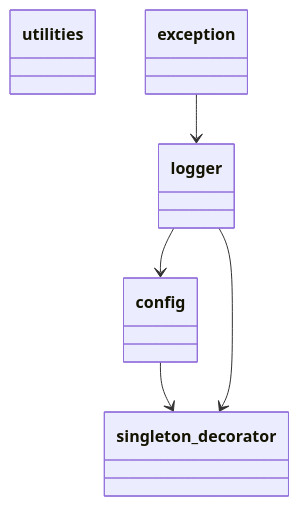
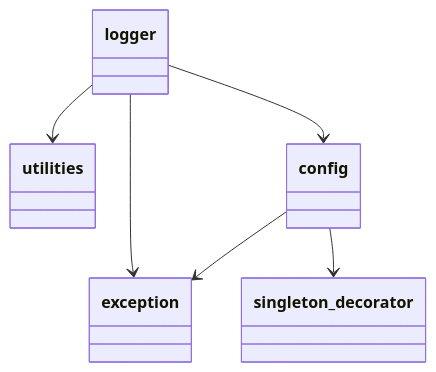
Before and after one commit to dab0012/olivia: the diagram in olivia_finder/diagrams/packages_utilities.mmd, drawn with Mermaid. The commit also changed 79 other files, not shown here.

```diff
--- a/olivia_finder/diagrams/packages_utilities.mmd
+++ b/olivia_finder/diagrams/packages_utilities.mmd
@@ -1,17 +1,18 @@
 classDiagram
   class utilities {
   }
   class config {
   }
   class exception {
   }
   class logger {
   }
   class singleton_decorator {
   }
   class utilities {
   }
+  config --> exception
   config --> singleton_decorator
-  exception --> logger
   logger --> config
-  logger --> singleton_decorator
+  logger --> exception
+  logger --> utilities
```
